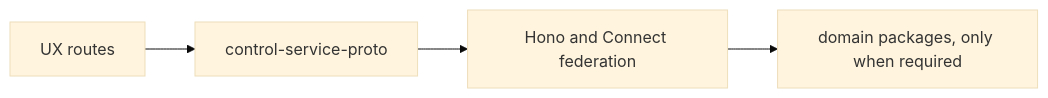
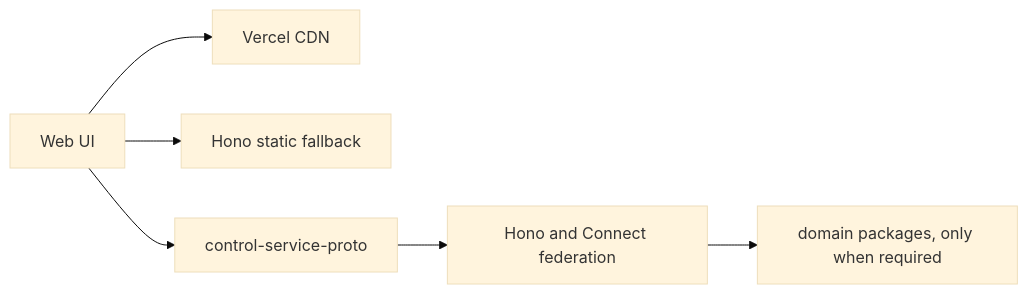
Before and after one commit to trytilde/dispatch: the diagram in docs/adrs/0005-ux-first-application-reset.md, drawn with Mermaid (base theme). The commit also changed other lines of this file and 14 other files, not shown here.

````diff
--- a/docs/adrs/0005-ux-first-application-reset.md
+++ b/docs/adrs/0005-ux-first-application-reset.md
@@ -20,6 +23,8 @@
 ```mermaid
 flowchart LR
-  U["UX routes"] --> C["control-service-proto"]
+  U["Web UI"] --> V["Vercel CDN"]
+  U --> S["Hono static fallback"]
+  U --> C["control-service-proto"]
   C --> H["Hono and Connect federation"]
   H --> P["domain packages, only when required"]
 ```
````
